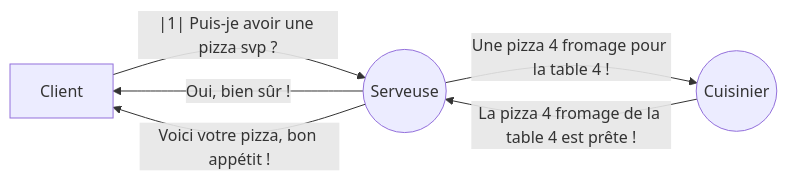
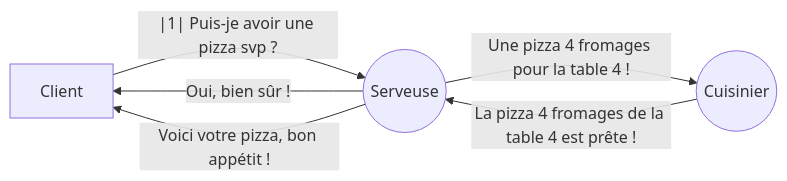
The fifth of 5 diagrams in README.md (ZamBoyle/Eqla_HTML), drawn with Mermaid before and after one commit. The commit also changed other lines of this file and 39 other files, not shown here.

````diff
--- a/README.md
+++ b/README.md
@@ -126,8 +163,8 @@
 ```mermaid
 graph LR
 A[Client] --|1| Puis-je avoir une pizza svp ? --> B((Serveuse))
 B -- Oui, bien sûr !  --> A
-B -- Une pizza 4 fromage pour la table 4 ! --> C((Cuisinier))
-C -- La pizza 4 fromage de la table 4 est prête ! --> B
+B -- Une pizza 4 fromages pour la table 4 ! --> C((Cuisinier))
+C -- La pizza 4 fromages de la table 4 est prête ! --> B
 B -- Voici votre pizza, bon appétit ! --> A
 ```
````
